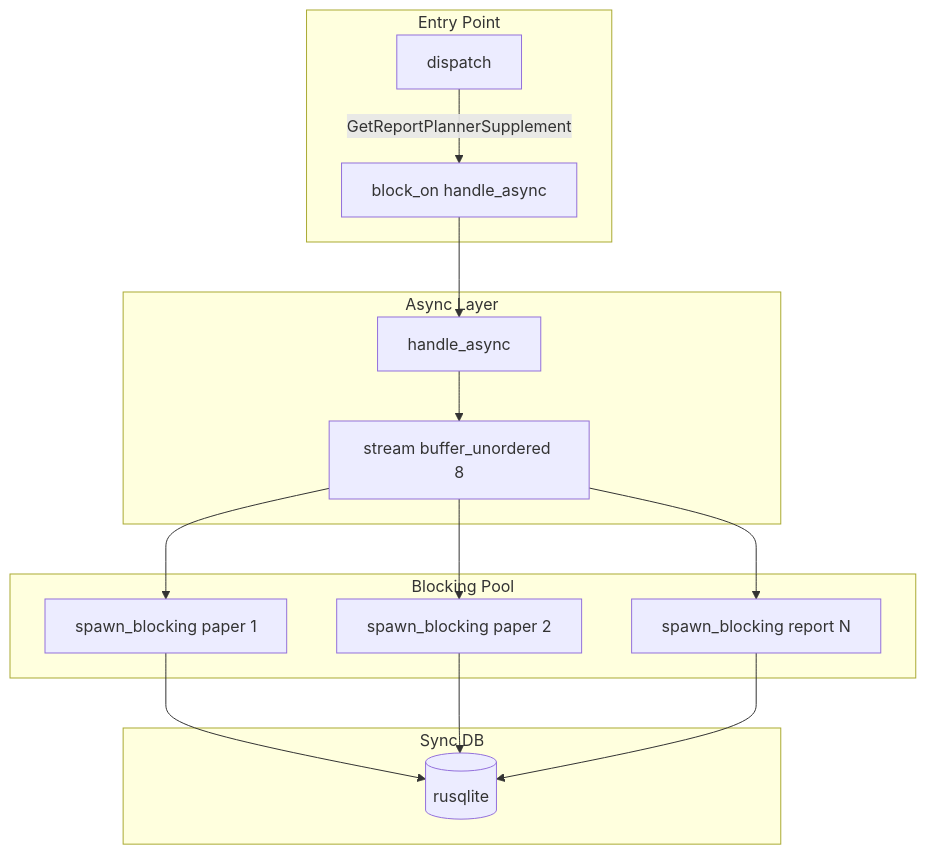
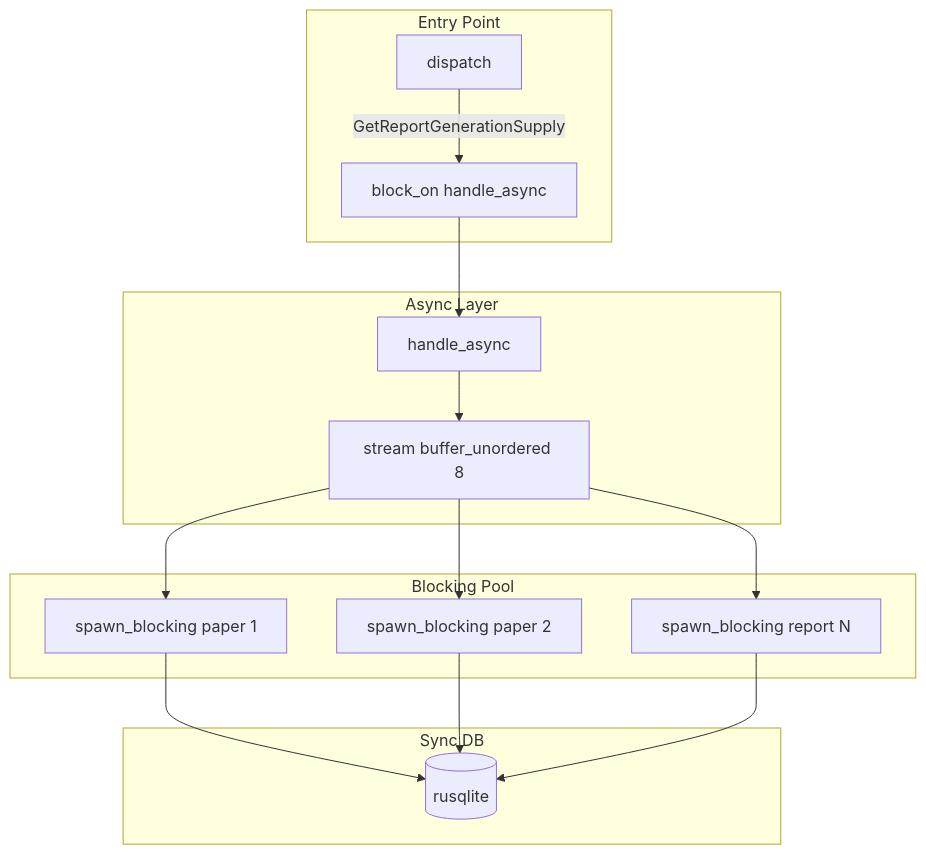
One commit to LinjingBi/reader changed the diagram in memory_cli/docs/async_switch_for_supplement_lookups_6fe1cfa7.plan.md. Above: the diagram before and after it, drawn with Mermaid. The commit also changed other lines of this file and 31 other files, not shown here.

Commit message:
-[reader] implement writing report body section by section(step2) -[reader,memo]rename memo get planner metdata and get planner supplement cmds to report generation as they are using in all generation steps

````diff
--- a/memory_cli/docs/async_switch_for_supplement_lookups_6fe1cfa7.plan.md
+++ b/memory_cli/docs/async_switch_for_supplement_lookups_6fe1cfa7.plan.md
@@ -57,32 +57,32 @@
 ```mermaid
 flowchart TB
     subgraph entry [Entry Point]
         Dispatch[dispatch]
         BlockOn[block_on handle_async]
     end
     
     subgraph async [Async Layer]
         HandleAsync[handle_async]
         Stream[stream buffer_unordered 8]
     end
     
     subgraph blocking [Blocking Pool]
         B1[spawn_blocking paper 1]
         B2[spawn_blocking paper 2]
         BN[spawn_blocking report N]
     end
     
     subgraph db [Sync DB]
         Rusqlite[(rusqlite)]
     end
     
-    Dispatch -->|GetReportPlannerSupplement| BlockOn
+    Dispatch -->|GetReportGenerationSupply| BlockOn
     BlockOn --> HandleAsync
     HandleAsync --> Stream
     Stream --> B1
     Stream --> B2
     Stream --> BN
     B1 --> Rusqlite
     B2 --> Rusqlite
     BN --> Rusqlite
 ```
````
